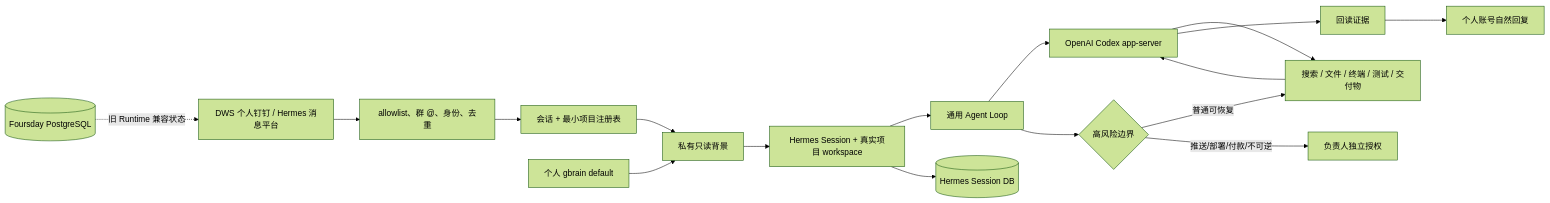
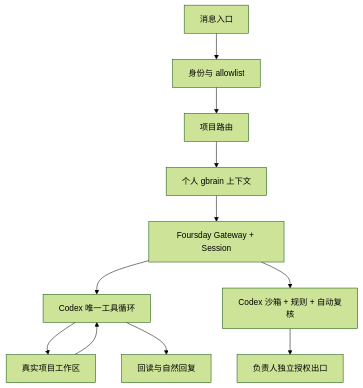
The diagram in docs/设计总览.md (ruiwang20010702/ai-employee), drawn with Mermaid (forest theme) before and after one commit. The commit also changed other lines of this file and 520 other files, not shown here.

Commit message:
feat!: rebuild Foursday around a single Codex loop (#85)

````diff
--- a/docs/设计总览.md
+++ b/docs/设计总览.md
@@ -28,22 +11,13 @@
 ```mermaid
-flowchart LR
-    MSG["DWS 个人钉钉 / Hermes 消息平台"] --> TRUST["allowlist、群 @、身份、去重"]
-    TRUST --> ROUTE["会话 + 最小项目注册表"]
-    GB["个人 gbrain default"] --> CONTEXT["私有只读背景"]
-    ROUTE --> CONTEXT
-    CONTEXT --> SESSION["Hermes Session + 真实项目 workspace"]
-    SESSION --> LOOP["通用 Agent Loop"]
-    LOOP --> CODEX["OpenAI Codex app-server"]
-    CODEX --> TOOLS["搜索 / 文件 / 终端 / 测试 / 交付物"]
-    TOOLS --> CODEX
-    CODEX --> VERIFY["回读证据"]
-    VERIFY --> REPLY["个人账号自然回复"]
-
-    LOOP --> BOUNDARY{"高风险边界"}
-    BOUNDARY -->|"普通可恢复"| TOOLS
-    BOUNDARY -->|"推送/部署/付款/不可逆"| OWNER["负责人独立授权"]
-
-    SESSION --> HDB[("Hermes Session DB")]
-    LEGACY[("Foursday PostgreSQL")]
-    LEGACY -. "旧 Runtime 兼容状态" .-> MSG
+flowchart TD
+    A["消息入口"] --> B["身份与 allowlist"]
+    B --> C["项目路由"]
+    C --> D["个人 gbrain 上下文"]
+    D --> E["Foursday Gateway + Session"]
+    E --> F["Codex 唯一工具循环"]
+    F --> G["真实项目工作区"]
+    G --> F
+    F --> H["回读与自然回复"]
+    E --> I["Codex 沙箱 + 规则 + 自动复核"]
+    I --> J["负责人独立授权出口"]
 ```
````
